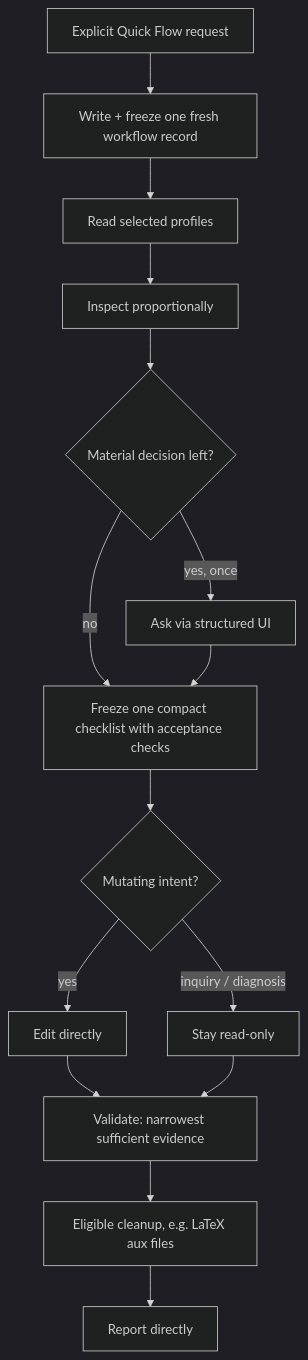
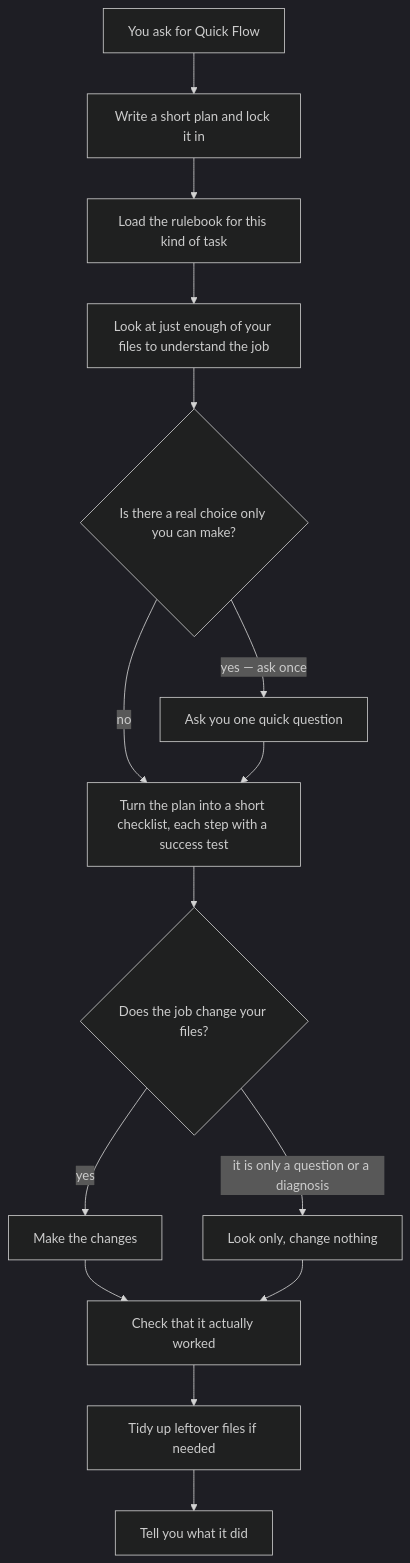
Before and after one commit to xzhang17/quickflow: the diagram in README.md, drawn with Mermaid (dark theme). The commit also changed other lines of this file, not shown here.

````diff
--- a/README.md
+++ b/README.md
@@ -63,17 +70,17 @@
 ```mermaid
 flowchart TD
-    A[Explicit Quick Flow request] --> B[Write + freeze one fresh workflow record]
-    B --> C[Read selected profiles]
-    C --> D[Inspect proportionally]
-    D --> E{Material decision left?}
-    E -->|yes, once| F[Ask via structured UI]
+    A[You ask for Quick Flow] --> B[Write a short plan and lock it in]
+    B --> C[Load the rulebook for this kind of task]
+    C --> D[Look at just enough of your files to understand the job]
+    D --> E{Is there a real choice only you can make?}
+    E -->|yes — ask once| F[Ask you one quick question]
     E -->|no| G
-    F --> G[Freeze one compact checklist with acceptance checks]
-    G --> H{Mutating intent?}
-    H -->|yes| I[Edit directly]
-    H -->|inquiry / diagnosis| J[Stay read-only]
-    I --> K[Validate: narrowest sufficient evidence]
+    F --> G[Turn the plan into a short checklist, each step with a success test]
+    G --> H{Does the job change your files?}
+    H -->|yes| I[Make the changes]
+    H -->|it is only a question or a diagnosis| J[Look only, change nothing]
+    I --> K[Check that it actually worked]
     J --> K
-    K --> L[Eligible cleanup, e.g. LaTeX aux files]
-    L --> M[Report directly]
+    K --> L[Tidy up leftover files if needed]
+    L --> M[Tell you what it did]
 ```
````
